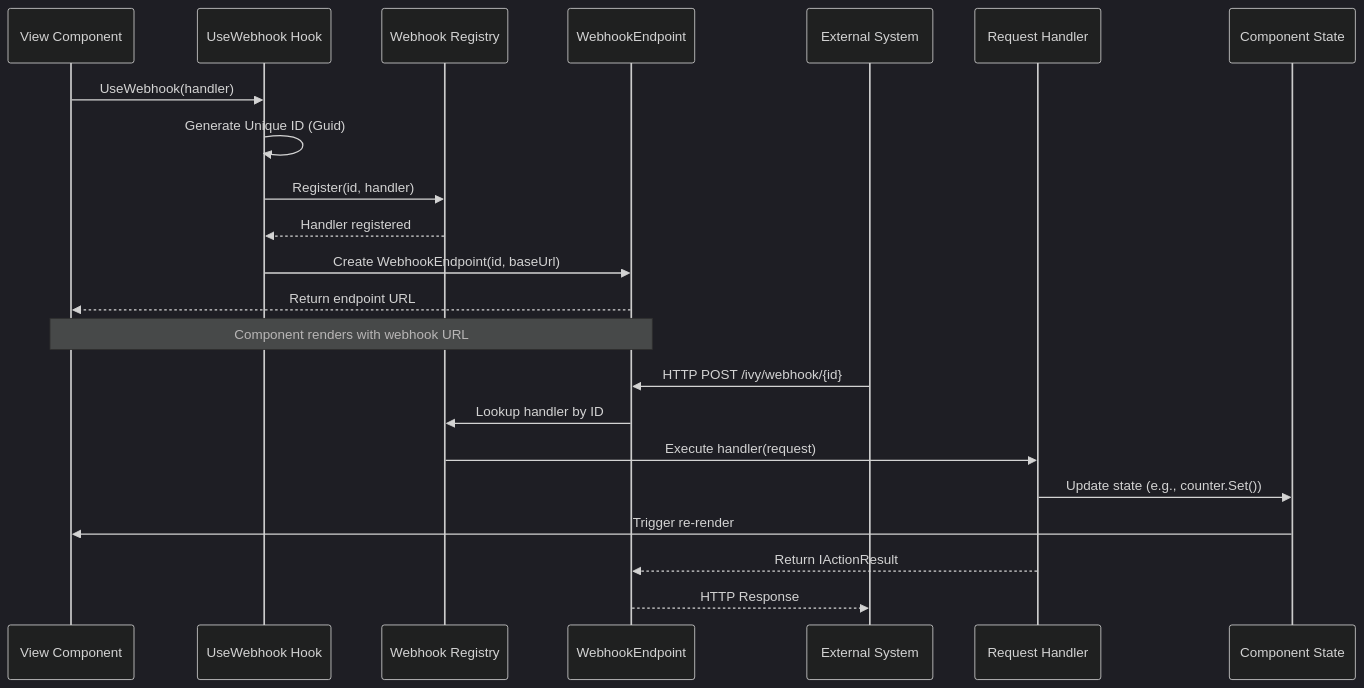
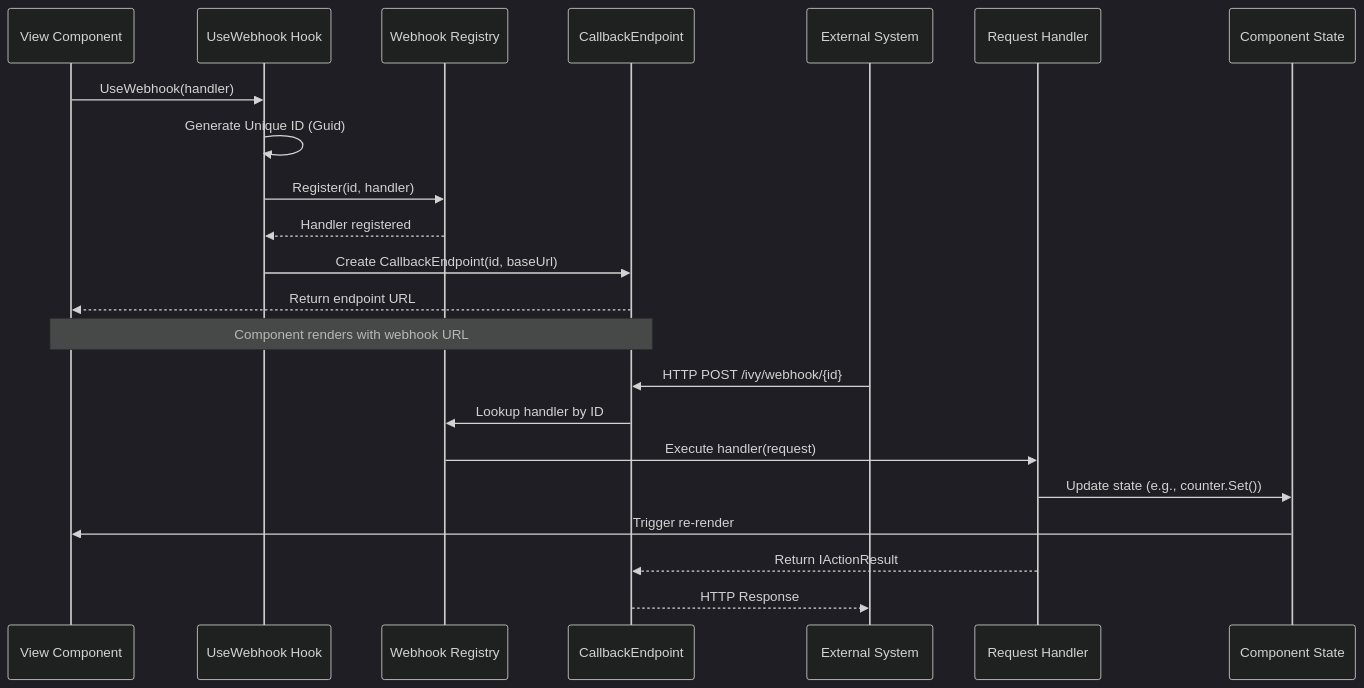
Before and after one commit to Ivy-Interactive/Ivy-Framework: the diagram in src/Ivy.Docs.Shared/Docs/03_Hooks/Core/19_UseWebhook.md, drawn with Mermaid (dark theme). The commit also changed other lines of this file and 4 other files, not shown here.

Commit message:
[Docs]: update auth callback urls and rename WebhookEndpoint

````diff
--- a/src/Ivy.Docs.Shared/Docs/03_Hooks/Core/19_UseWebhook.md
+++ b/src/Ivy.Docs.Shared/Docs/03_Hooks/Core/19_UseWebhook.md
@@ -47,27 +47,27 @@
 ```mermaid
 sequenceDiagram
     participant Component as View Component
     participant Hook as UseWebhook Hook
     participant Registry as Webhook Registry
-    participant Endpoint as WebhookEndpoint
+    participant Endpoint as CallbackEndpoint
     participant External as External System
     participant Handler as Request Handler
     participant State as Component State
 
     Component->>Hook: UseWebhook(handler)
     Hook->>Hook: Generate Unique ID (Guid)
     Hook->>Registry: Register(id, handler)
     Registry-->>Hook: Handler registered
-    Hook->>Endpoint: Create WebhookEndpoint(id, baseUrl)
+    Hook->>Endpoint: Create CallbackEndpoint(id, baseUrl)
     Endpoint-->>Component: Return endpoint URL
     
     Note over Component,Endpoint: Component renders with webhook URL
     
     External->>Endpoint: HTTP POST /ivy/webhook/{id}
     Endpoint->>Registry: Lookup handler by ID
     Registry->>Handler: Execute handler(request)
     Handler->>State: Update state (e.g., counter.Set())
     State->>Component: Trigger re-render
     Handler-->>Endpoint: Return IActionResult
     Endpoint-->>External: HTTP Response
 ```
````
